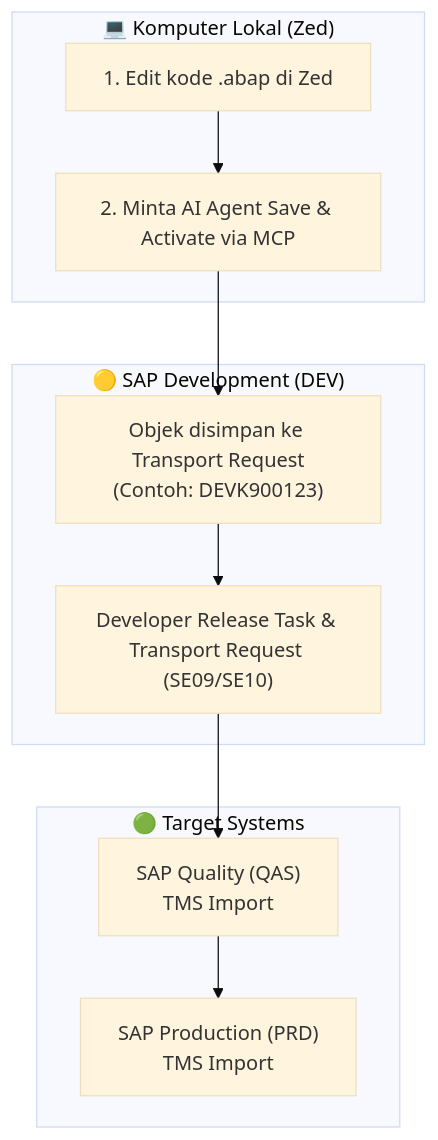
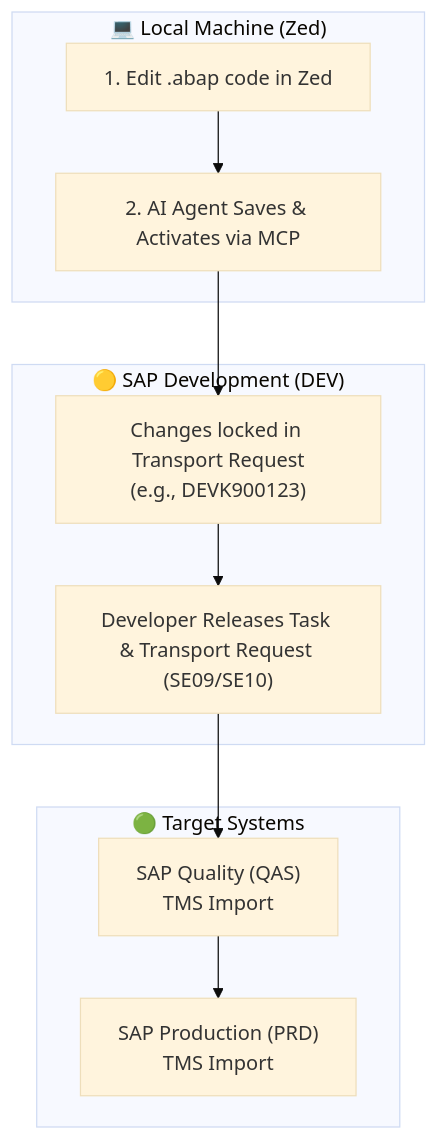
The second of 3 diagrams in README.md (ghanda-syah/zed-ext-sap-abap), drawn with Mermaid (base theme) before and after one commit. The commit also changed other lines of this file and 4 other files, not shown here.

Commit message:
feat(dap): add SAP-ABAP Debug Adapter Protocol (DAP) server, schema, and English documentation

````diff
--- a/README.md
+++ b/README.md
@@ -75,19 +150,19 @@
 ```mermaid
 flowchart TD
-    subgraph Dev_Machine["💻 Komputer Lokal (Zed)"]
-        Z1["1. Edit kode .abap di Zed"] --> Z2["2. Minta AI Agent Save & Activate via MCP"]
+    subgraph Local_Dev["💻 Local Machine (Zed)"]
+        Z1["1. Edit .abap code in Zed"] --> Z2["2. AI Agent Saves & Activates via MCP"]
     end
 
     subgraph SAP_DEV["🟡 SAP Development (DEV)"]
-        S1["Objek disimpan ke Transport Request\n(Contoh: DEVK900123)"]
-        S2["Developer Release Task & Transport Request (SE09/SE10)"]
+        S1["Changes locked in Transport Request\n(e.g., DEVK900123)"]
+        S2["Developer Releases Task & Transport Request (SE09/SE10)"]
     end
 
-    subgraph SAP_LANDSCAPE["🟢 Target Systems"]
+    subgraph Target_Landscape["🟢 Target Systems"]
         QAS["SAP Quality (QAS)\nTMS Import"] --> PRD["SAP Production (PRD)\nTMS Import"]
     end
 
     Z2 --> S1
     S1 --> S2
     S2 --> QAS
 ```
````
